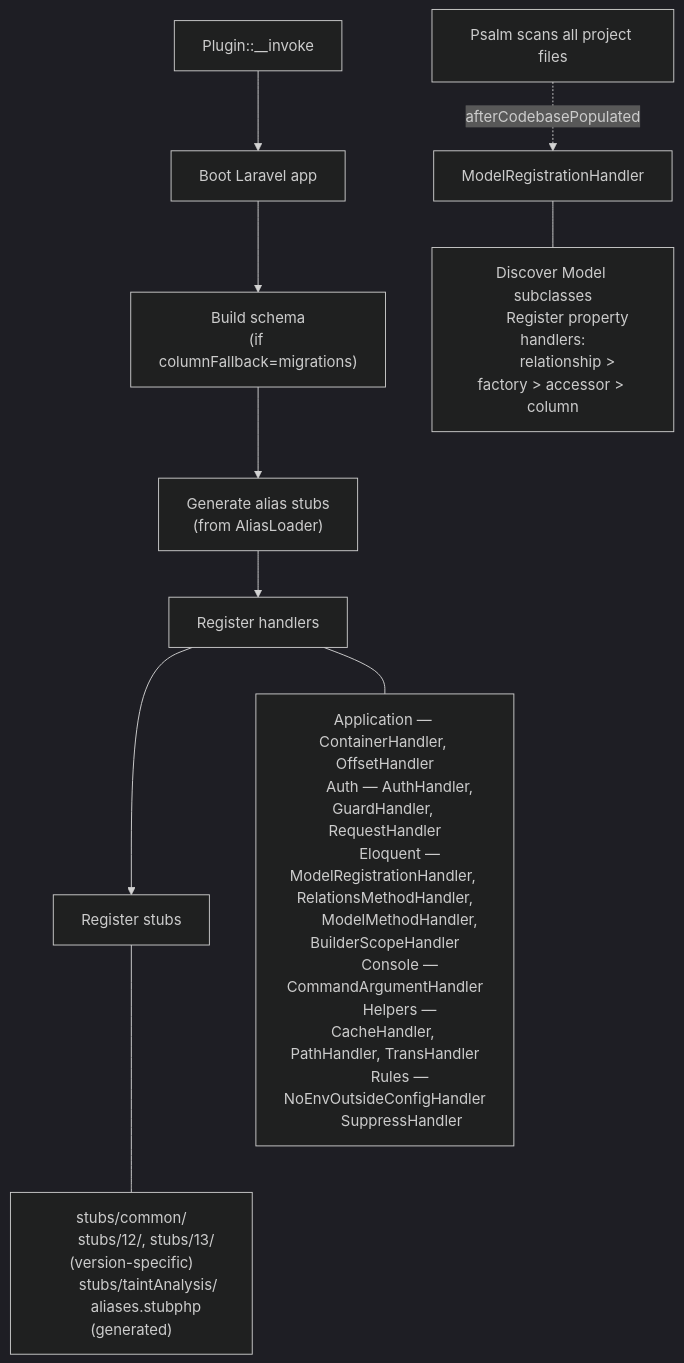
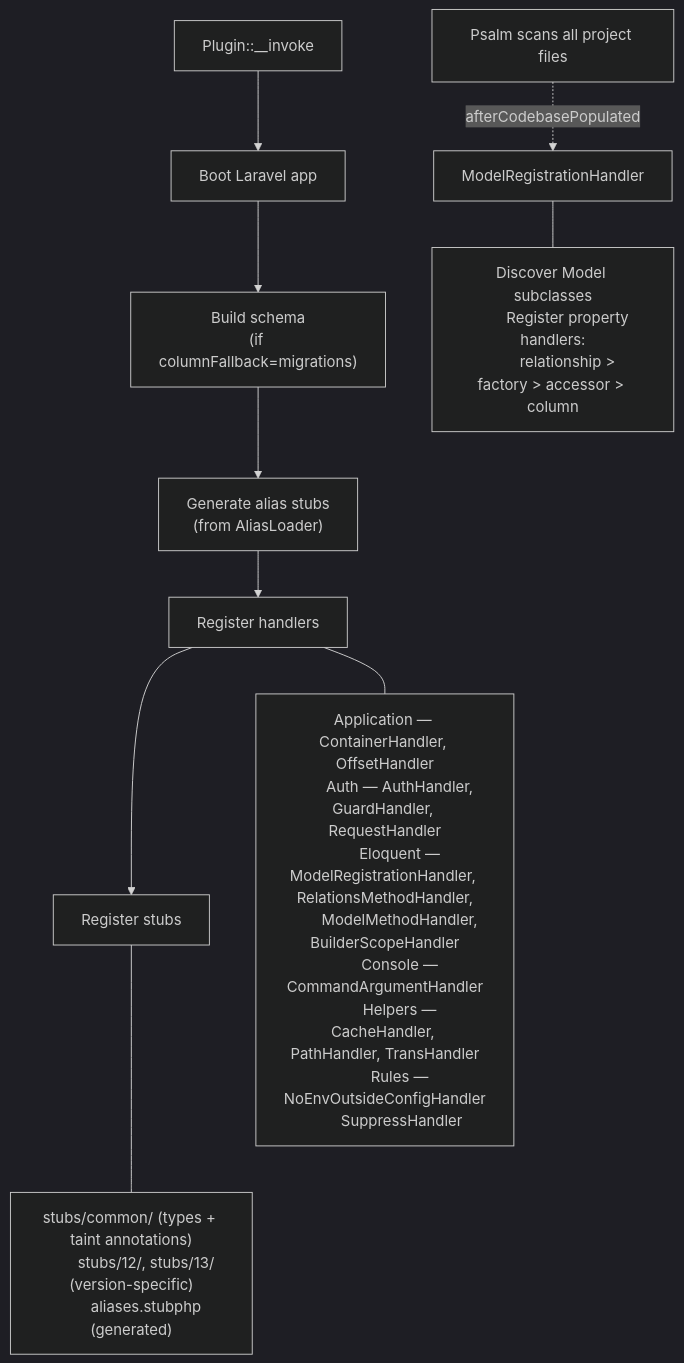
The first of 2 diagrams in docs/contribute/README.md (psalm/psalm-plugin-laravel), drawn with Mermaid (dark theme) before and after one commit. The commit also changed other lines of this file and 18 other files, not shown here.

First line of the commit message:
refactor: merge stubs/taintAnalysis/ into stubs/common/

````diff
--- a/docs/contribute/README.md
+++ b/docs/contribute/README.md
@@ -19,33 +19,32 @@
 ```mermaid
 flowchart TD
     A["Plugin::__invoke"] --> B["Boot Laravel app"]
     B --> C["Build schema\n(if columnFallback=migrations)"]
     C --> D["Generate alias stubs\n(from AliasLoader)"]
     D --> E["Register handlers"]
     E --> F["Register stubs"]
 
     E --- handlers["
         Application — ContainerHandler, OffsetHandler
         Auth — AuthHandler, GuardHandler, RequestHandler
         Eloquent — ModelRegistrationHandler, RelationsMethodHandler,
         ModelMethodHandler, BuilderScopeHandler
         Console — CommandArgumentHandler
         Helpers — CacheHandler, PathHandler, TransHandler
         Rules — NoEnvOutsideConfigHandler
         SuppressHandler
     "]
 
     F --- stubs["
-        stubs/common/
+        stubs/common/ (types + taint annotations)
         stubs/12/, stubs/13/ (version-specific)
-        stubs/taintAnalysis/
         aliases.stubphp (generated)
     "]
 
     G["Psalm scans all project files"] -.->|afterCodebasePopulated| H["ModelRegistrationHandler"]
     H --- models["
         Discover Model subclasses
         Register property handlers:
         relationship > factory > accessor > column
     "]
 ```
````
